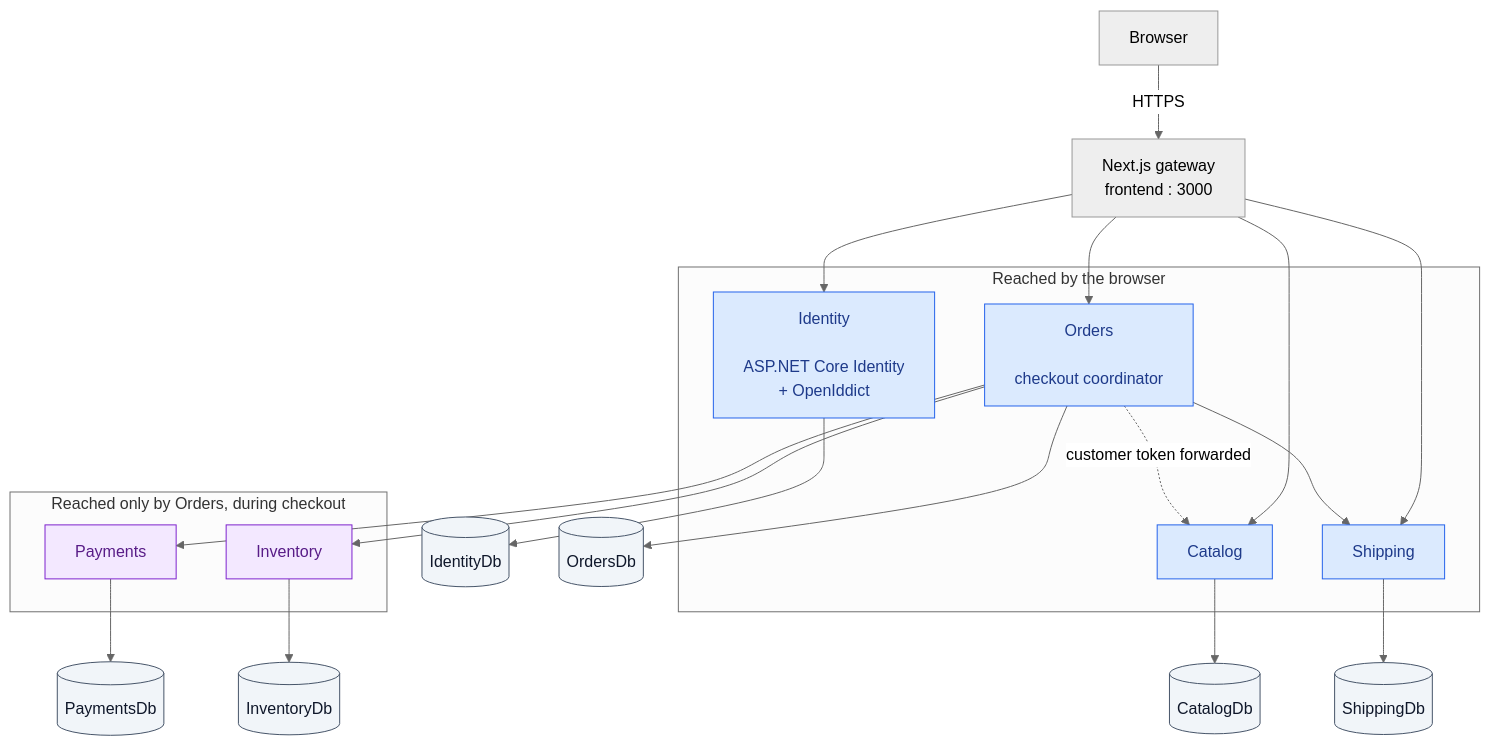
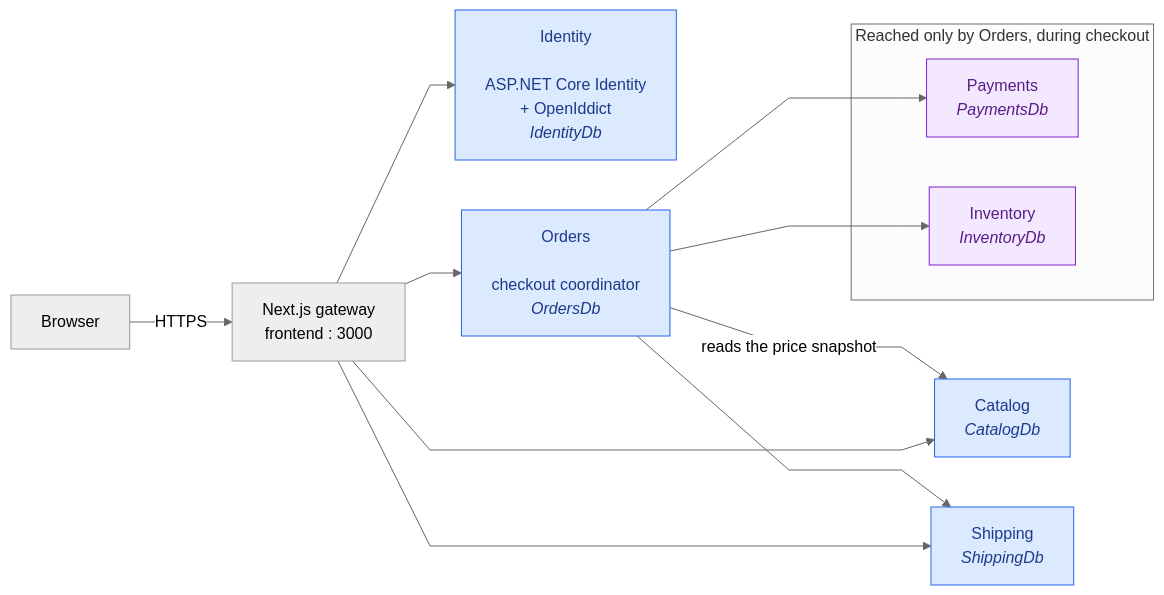
The first of 6 diagrams in documentation/architecture.md (renanmoraisdasilva/luna), drawn with Mermaid (neutral theme) before and after one commit. The commit also changed other lines of this file and 6 other files, not shown here.

Commit message:
Stop forwarding the customer token to Catalog and require a service token for shipping quotes

````diff
--- a/documentation/architecture.md
+++ b/documentation/architecture.md
@@ -31,40 +31,30 @@
 ```mermaid
-flowchart TB
-    Browser["Browser"] -->|HTTPS| Next["Next.js gateway<br/>frontend : 3000"]
+%%{init: {"flowchart": {"curve": "linear"}} }%%
+flowchart LR
+    Browser["Browser"] -->|"HTTPS"| Next["Next.js gateway<br/>frontend : 3000"]
 
-    subgraph Facing["Reached by the browser"]
-        Identity["Identity<br/><br/>ASP.NET Core Identity<br/>+ OpenIddict"]
-        Catalog["Catalog"]
-        Orders["Orders<br/><br/>checkout coordinator"]
-        Shipping["Shipping"]
-    end
+    Identity["Identity<br/><br/>ASP.NET Core Identity<br/>+ OpenIddict<br/><i>IdentityDb</i>"]
+    Catalog["Catalog<br/><i>CatalogDb</i>"]
+    Orders["Orders<br/><br/>checkout coordinator<br/><i>OrdersDb</i>"]
+    Shipping["Shipping<br/><i>ShippingDb</i>"]
 
     subgraph Checkout["Reached only by Orders, during checkout"]
-        Payments["Payments"]
-        Inventory["Inventory"]
+        Payments["Payments<br/><i>PaymentsDb</i>"]
+        Inventory["Inventory<br/><i>InventoryDb</i>"]
     end
 
     Next --> Identity
     Next --> Catalog
     Next --> Orders
     Next --> Shipping
 
     Orders --> Payments
     Orders --> Inventory
     Orders --> Shipping
-    Orders -.->|"customer token forwarded"| Catalog
-
-    Identity --> IdentityDb[("IdentityDb")]
-    Catalog --> CatalogDb[("CatalogDb")]
-    Orders --> OrdersDb[("OrdersDb")]
-    Payments --> PaymentsDb[("PaymentsDb")]
-    Inventory --> InventoryDb[("InventoryDb")]
-    Shipping --> ShippingDb[("ShippingDb")]
+    Orders -->|"reads the price snapshot"| Catalog
 
     classDef facing fill:#dbeafe,stroke:#2563eb,color:#1e3a8a
     classDef internal fill:#f3e8ff,stroke:#7e22ce,color:#581c87
-    classDef store fill:#f1f5f9,stroke:#475569,color:#0f172a
     class Identity,Catalog,Orders,Shipping facing
     class Payments,Inventory internal
-    class IdentityDb,CatalogDb,OrdersDb,PaymentsDb,InventoryDb,ShippingDb store
 ```
````
